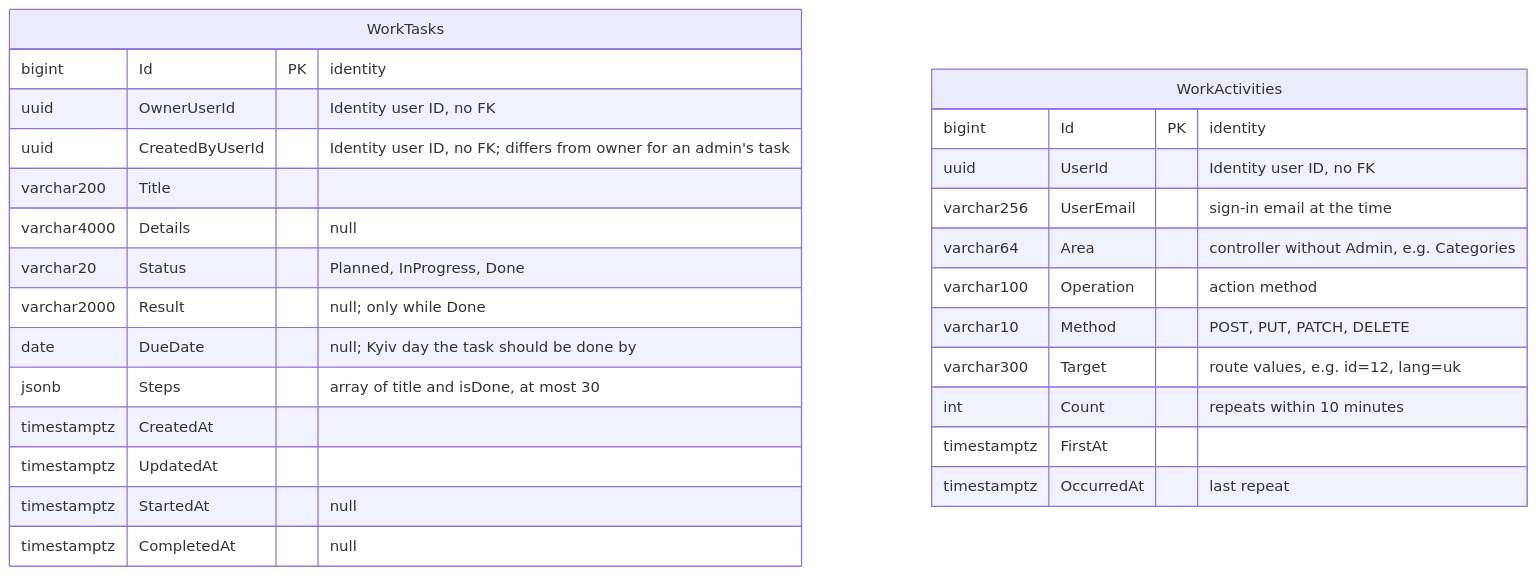
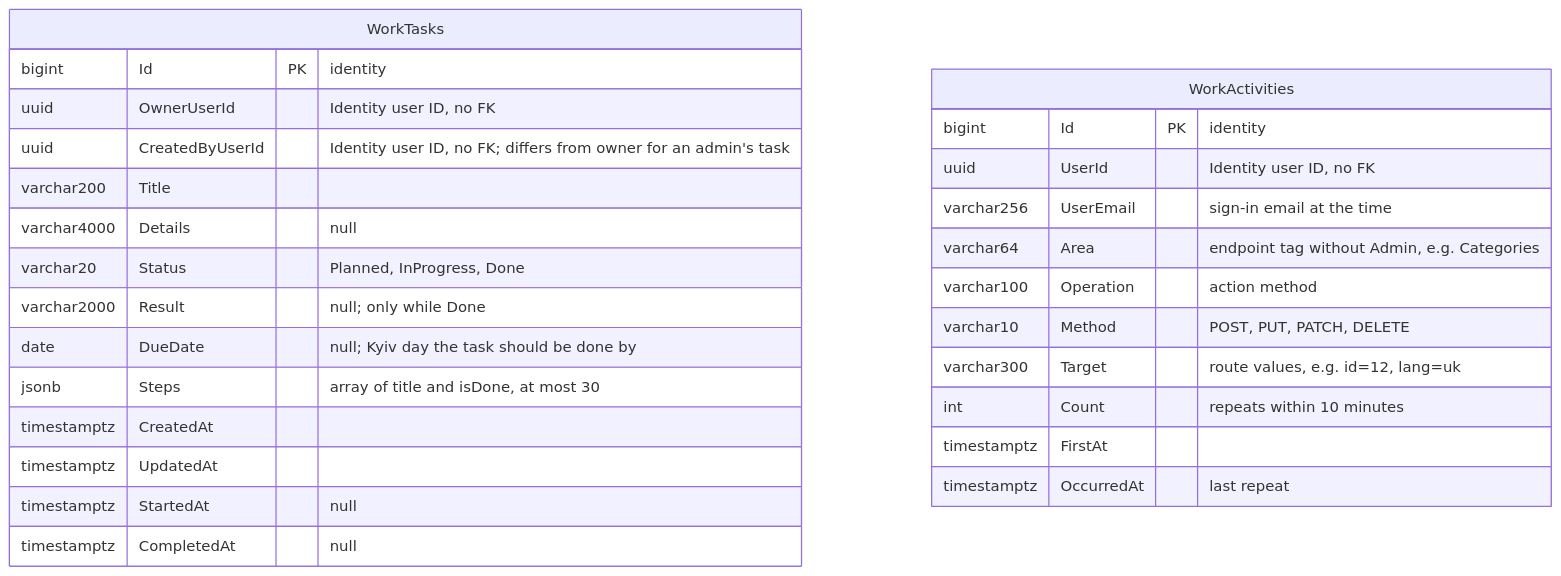
Before and after one commit to Weretik/KedrStore: the diagram in docs/sdd/architecture/data-model/work-tasks.md, drawn with Mermaid. The commit also changed 24 other files, not shown here.

````diff
--- a/docs/sdd/architecture/data-model/work-tasks.md
+++ b/docs/sdd/architecture/data-model/work-tasks.md
@@ -5,30 +5,30 @@
 ```mermaid
 erDiagram
     WorkTasks {
         bigint Id PK "identity"
         uuid OwnerUserId "Identity user ID, no FK"
         uuid CreatedByUserId "Identity user ID, no FK; differs from owner for an admin's task"
         varchar200 Title
         varchar4000 Details "null"
         varchar20 Status "Planned, InProgress, Done"
         varchar2000 Result "null; only while Done"
         date DueDate "null; Kyiv day the task should be done by"
         jsonb Steps "array of title and isDone, at most 30"
         timestamptz CreatedAt
         timestamptz UpdatedAt
         timestamptz StartedAt "null"
         timestamptz CompletedAt "null"
     }
     WorkActivities {
         bigint Id PK "identity"
         uuid UserId "Identity user ID, no FK"
         varchar256 UserEmail "sign-in email at the time"
-        varchar64 Area "controller without Admin, e.g. Categories"
+        varchar64 Area "endpoint tag without Admin, e.g. Categories"
         varchar100 Operation "action method"
         varchar10 Method "POST, PUT, PATCH, DELETE"
         varchar300 Target "route values, e.g. id=12, lang=uk"
         int Count "repeats within 10 minutes"
         timestamptz FirstAt
         timestamptz OccurredAt "last repeat"
     }
 ```
````
